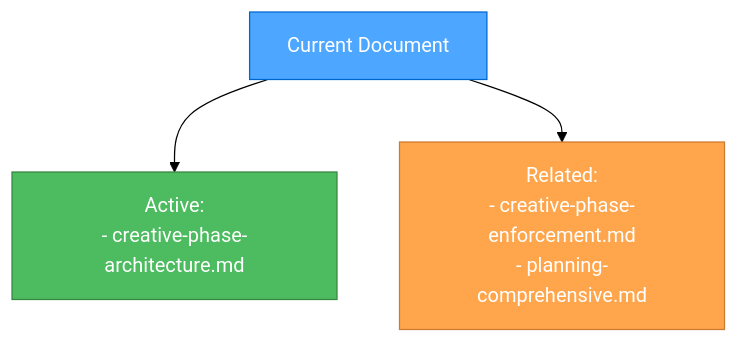
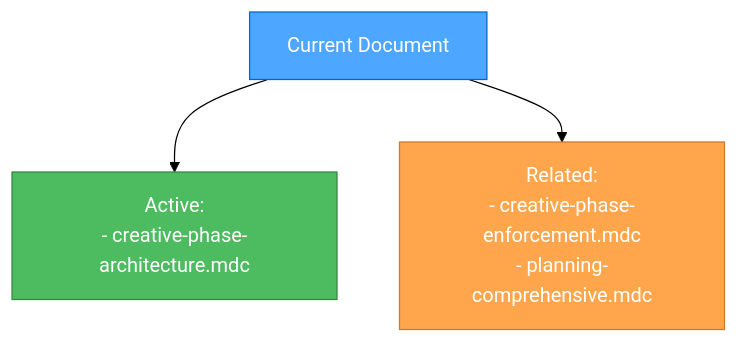
One commit to vedmalex/b-plus-tree changed the sixth of 6 diagrams in .cursor/rules/isolation_rules/Phases/CreativePhase/creative-phase-architecture.mdc. Above: the diagram before and after it, drawn with Mermaid (forest theme). The commit also changed other lines of this file and 53 other files, not shown here.

````diff
--- a/.cursor/rules/isolation_rules/Phases/CreativePhase/creative-phase-architecture.mdc
+++ b/.cursor/rules/isolation_rules/Phases/CreativePhase/creative-phase-architecture.mdc
@@ -179,9 +179,9 @@
 ```mermaid
 graph TD
-    Current["Current Document"] --> Active["Active:<br>- creative-phase-architecture.md"]
-    Current --> Related["Related:<br>- creative-phase-enforcement.md<br>- planning-comprehensive.md"]
-    
+    Current["Current Document"] --> Active["Active:<br>- creative-phase-architecture.mdc"]
+    Current --> Related["Related:<br>- creative-phase-enforcement.mdc<br>- planning-comprehensive.mdc"]
+
     style Current fill:#4da6ff,stroke:#0066cc,color:white
     style Active fill:#4dbb5f,stroke:#36873f,color:white
     style Related fill:#ffa64d,stroke:#cc7a30,color:white
-``` 
+```
````
